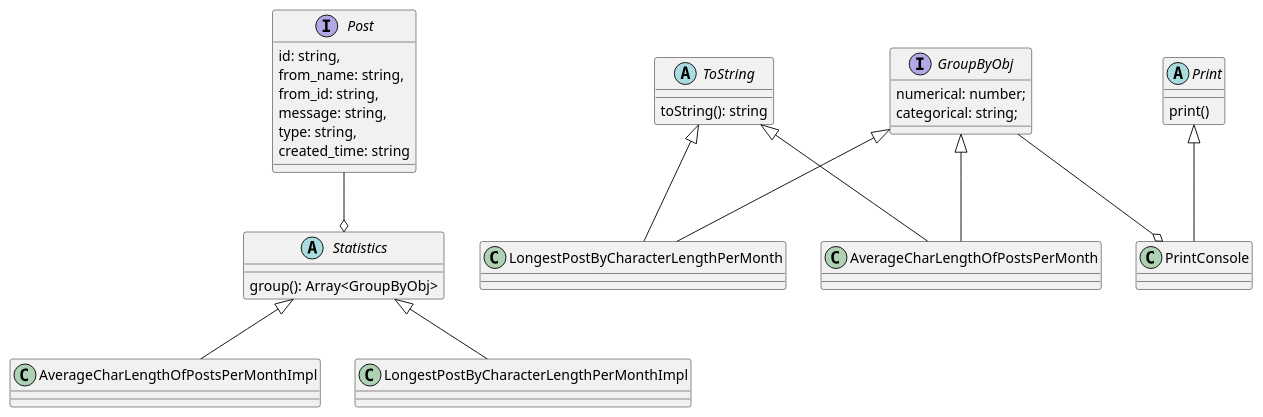
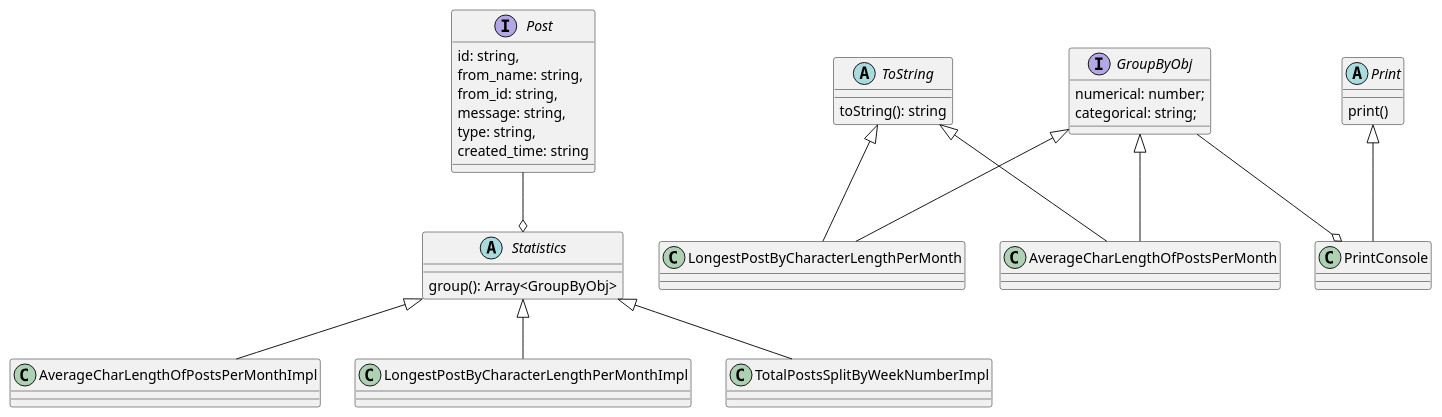
Before and after one commit to 4arturas/supermetrics-fix: the diagram in plantuml/diagram.puml, drawn with PlantUML. The commit also changed 2 other files, not shown here.

Commit message:
Add TotalPostsSplitByWeekNumber implementation

```diff
--- a/plantuml/diagram.puml
+++ b/plantuml/diagram.puml
@@ -1,44 +1,45 @@
 @startuml
 'https://plantuml.com/class-diagram
 
 interface Post {
     id: string,
     from_name: string,
     from_id: string,
     message: string,
     type: string,
     created_time: string
 }
 
 abstract class ToString {
     toString(): string
 }
 abstract class Print {
     print()
 }
 class PrintConsole {
 }
 abstract class Statistics {
     group(): Array<GroupByObj>
 }
 
 interface GroupByObj {
     numerical: number;
     categorical: string;
 }
 
 GroupByObj --o PrintConsole
 Post --o Statistics
 
 Print <|-- PrintConsole
 
 class AverageCharLengthOfPostsPerMonth
 ToString <|-- AverageCharLengthOfPostsPerMonth
 GroupByObj <|-- AverageCharLengthOfPostsPerMonth
 ToString <|-- LongestPostByCharacterLengthPerMonth
 GroupByObj <|-- LongestPostByCharacterLengthPerMonth
 
 Statistics <|-- AverageCharLengthOfPostsPerMonthImpl
 Statistics <|-- LongestPostByCharacterLengthPerMonthImpl
+Statistics <|-- TotalPostsSplitByWeekNumberImpl
 
 @enduml
```
